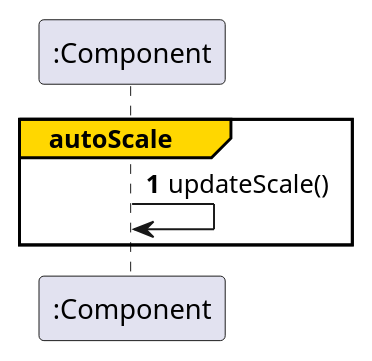
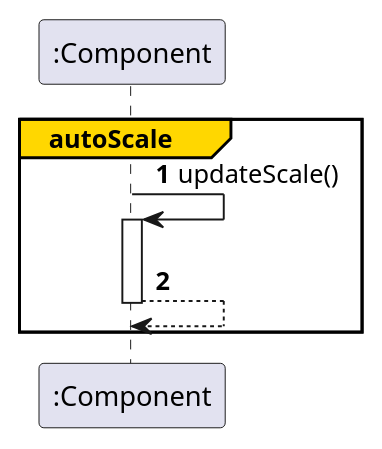
Diagram 12 of 17 in docs/graphs/ssd.iuml (Vghxv/Dr.UML__________________), drawn with PlantUML before and after one commit. The commit also changed other lines of this file and 4 other files, not shown here.

```diff
--- a/docs/graphs/ssd.iuml
+++ b/docs/graphs/ssd.iuml
@@ -269,6 +241,8 @@
 @startuml
 autonumber
+autoactivate on
 group#gold #white autoScale
     ":Component" -> ":Component": updateScale()
+    return
 end autoScale
 @enduml
```
